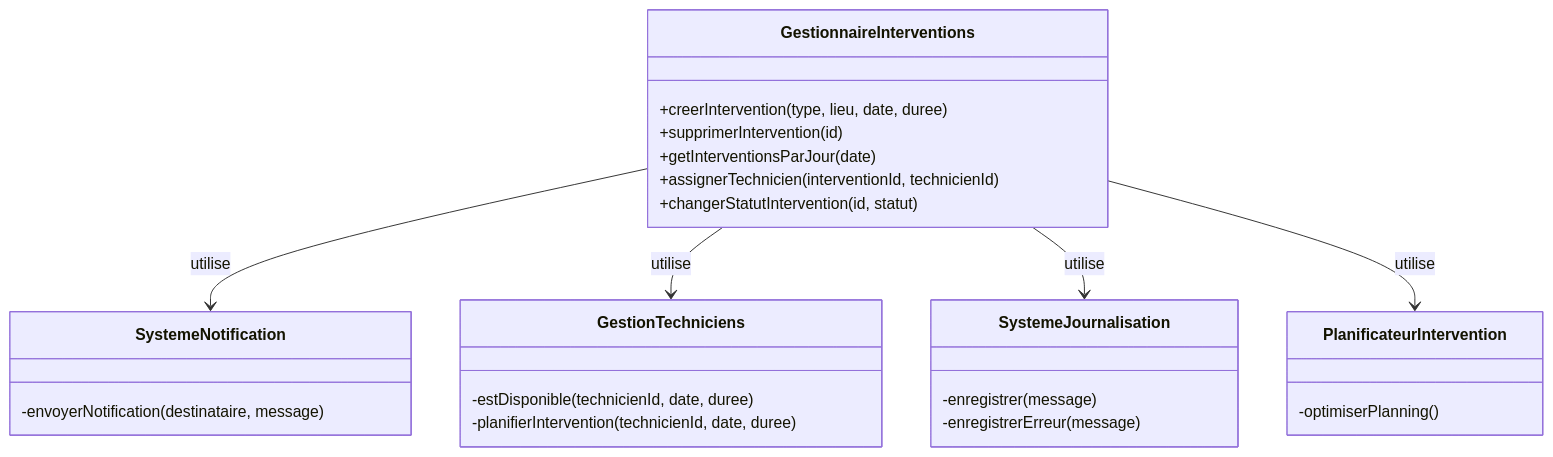
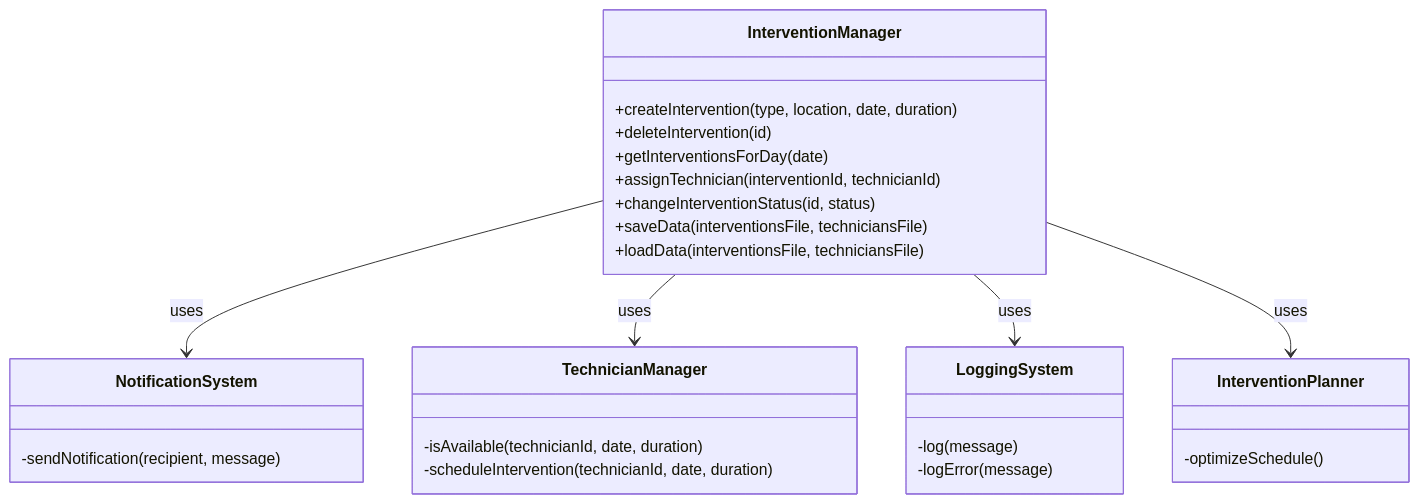
The third of 6 diagrams in README.md (Krys012/TechInterventionPlanner), drawn with Mermaid before and after one commit. The commit also changed other lines of this file and 1 other file, not shown here.

````diff
--- a/README.md
+++ b/README.md
@@ -131,29 +138,31 @@
 ```mermaid
 classDiagram
-    class GestionnaireInterventions {
-        +creerIntervention(type, lieu, date, duree)
-        +supprimerIntervention(id)
-        +getInterventionsParJour(date)
-        +assignerTechnicien(interventionId, technicienId)
-        +changerStatutIntervention(id, statut)
-    }
-    class SystemeNotification {
-        -envoyerNotification(destinataire, message)
-    }
-    class GestionTechniciens {
-        -estDisponible(technicienId, date, duree)
-        -planifierIntervention(technicienId, date, duree)
-    }
-    class SystemeJournalisation {
-        -enregistrer(message)
-        -enregistrerErreur(message)
-    }
-    class PlanificateurIntervention {
-        -optimiserPlanning()
-    }
-    
-    GestionnaireInterventions --> SystemeNotification : utilise
-    GestionnaireInterventions --> GestionTechniciens : utilise
-    GestionnaireInterventions --> SystemeJournalisation : utilise
-    GestionnaireInterventions --> PlanificateurIntervention : utilise
+  class InterventionManager {
+    +createIntervention(type, location, date, duration)
+    +deleteIntervention(id)
+    +getInterventionsForDay(date)
+    +assignTechnician(interventionId, technicianId)
+    +changeInterventionStatus(id, status)
+    +saveData(interventionsFile, techniciansFile)
+    +loadData(interventionsFile, techniciansFile)
+  }
+  class NotificationSystem {
+    -sendNotification(recipient, message)
+  }
+  class TechnicianManager {
+    -isAvailable(technicianId, date, duration)
+    -scheduleIntervention(technicianId, date, duration)
+  }
+  class LoggingSystem {
+    -log(message)
+    -logError(message)
+  }
+  class InterventionPlanner {
+    -optimizeSchedule()
+  }
+
+  InterventionManager --> NotificationSystem : uses
+  InterventionManager --> TechnicianManager : uses
+  InterventionManager --> LoggingSystem : uses
+  InterventionManager --> InterventionPlanner : uses
 ```
````
